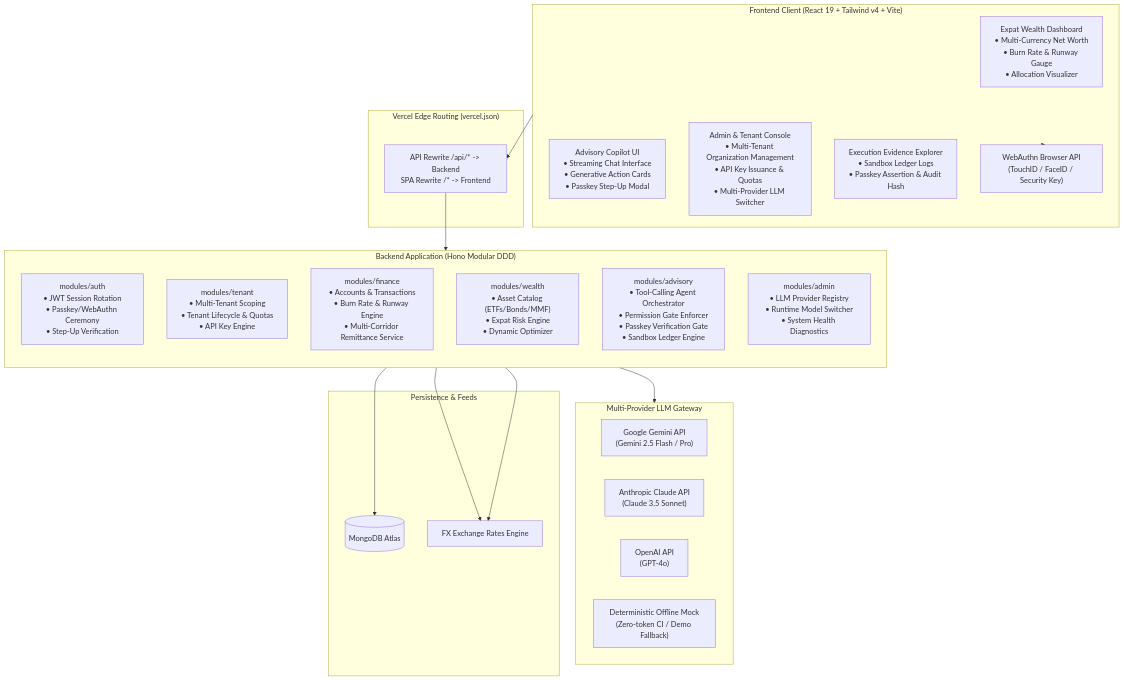
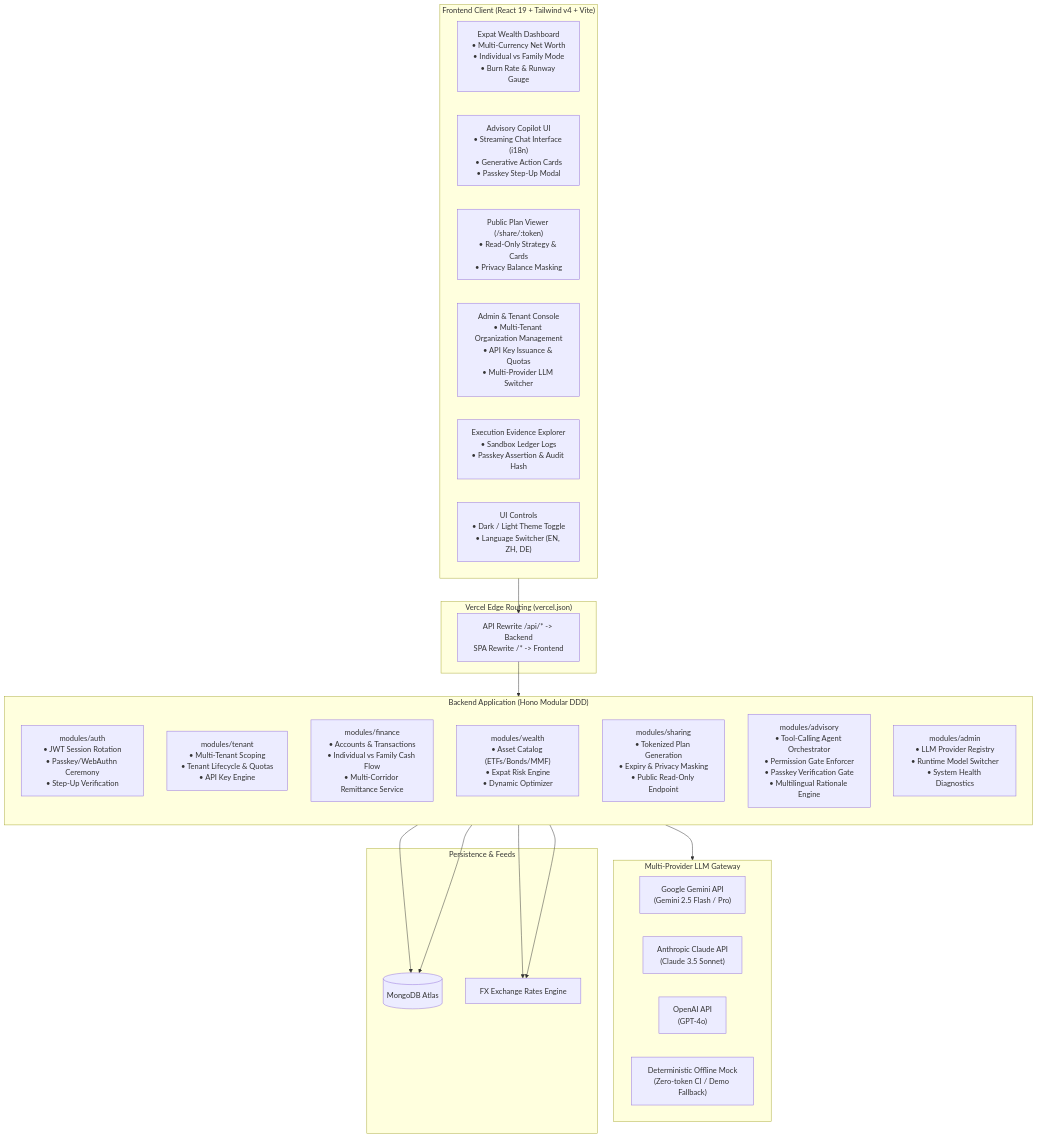
Before and after one commit to Nikhil-Mundhra/Wealth-Advisor: the first of 3 diagrams in IMPLEMENTATION_PLAN.md, drawn with Mermaid. The commit also changed other lines of this file, not shown here.

Commit message:
feat(plan): add household cashflow mode, shareable plan URLs, i18n, and dark mode

````diff
--- a/IMPLEMENTATION_PLAN.md
+++ b/IMPLEMENTATION_PLAN.md
@@ -64,45 +62,47 @@
 ```mermaid
 flowchart TB
     subgraph Client["Frontend Client (React 19 + Tailwind v4 + Vite)"]
-        Dashboard["Expat Wealth Dashboard\n• Multi-Currency Net Worth\n• Burn Rate & Runway Gauge\n• Allocation Visualizer"]
-        Copilot["Advisory Copilot UI\n• Streaming Chat Interface\n• Generative Action Cards\n• Passkey Step-Up Modal"]
+        Dashboard["Expat Wealth Dashboard\n• Multi-Currency Net Worth\n• Individual vs Family Mode\n• Burn Rate & Runway Gauge"]
+        Copilot["Advisory Copilot UI\n• Streaming Chat Interface (i18n)\n• Generative Action Cards\n• Passkey Step-Up Modal"]
+        ShareView["Public Plan Viewer (/share/:token)\n• Read-Only Strategy & Cards\n• Privacy Balance Masking"]
         AdminUI["Admin & Tenant Console\n• Multi-Tenant Organization Management\n• API Key Issuance & Quotas\n• Multi-Provider LLM Switcher"]
         Evidence["Execution Evidence Explorer\n• Sandbox Ledger Logs\n• Passkey Assertion & Audit Hash"]
-        PasskeyBrowser["WebAuthn Browser API\n(TouchID / FaceID / Security Key)"]
+        UIControls["UI Controls\n• Dark / Light Theme Toggle\n• Language Switcher (EN, ZH, DE)"]
     end
 
     subgraph Edge["Vercel Edge Routing (vercel.json)"]
         EdgeRoute["API Rewrite /api/* -> Backend\nSPA Rewrite /* -> Frontend"]
     end
 
     subgraph Backend["Backend Application (Hono Modular DDD)"]
         direction TB
         AuthMod["modules/auth\n• JWT Session Rotation\n• Passkey/WebAuthn Ceremony\n• Step-Up Verification"]
         TenantMod["modules/tenant\n• Multi-Tenant Scoping\n• Tenant Lifecycle & Quotas\n• API Key Engine"]
-        FinanceMod["modules/finance\n• Accounts & Transactions\n• Burn Rate & Runway Engine\n• Multi-Corridor Remittance Service"]
+        FinanceMod["modules/finance\n• Accounts & Transactions\n• Individual vs Family Cash Flow\n• Multi-Corridor Remittance Service"]
         WealthMod["modules/wealth\n• Asset Catalog (ETFs/Bonds/MMF)\n• Expat Risk Engine\n• Dynamic Optimizer"]
-        AdvisMod["modules/advisory\n• Tool-Calling Agent Orchestrator\n• Permission Gate Enforcer\n• Passkey Verification Gate\n• Sandbox Ledger Engine"]
+        ShareMod["modules/sharing\n• Tokenized Plan Generation\n• Expiry & Privacy Masking\n• Public Read-Only Endpoint"]
+        AdvisMod["modules/advisory\n• Tool-Calling Agent Orchestrator\n• Permission Gate Enforcer\n• Passkey Verification Gate\n• Multilingual Rationale Engine"]
         AdminMod["modules/admin\n• LLM Provider Registry\n• Runtime Model Switcher\n• System Health Diagnostics"]
     end
 
     subgraph LLMProviders["Multi-Provider LLM Gateway"]
         direction LR
         Gemini["Google Gemini API\n(Gemini 2.5 Flash / Pro)"]
         Claude["Anthropic Claude API\n(Claude 3.5 Sonnet)"]
         OpenAI["OpenAI API\n(GPT-4o)"]
         MockLLM["Deterministic Offline Mock\n(Zero-token CI / Demo Fallback)"]
     end
 
     subgraph Data["Persistence & Feeds"]
         Mongo[(MongoDB Atlas)]
         FX["FX Exchange Rates Engine"]
     end
 
     Client --> EdgeRoute
     EdgeRoute --> Backend
     Backend --> Mongo
     AdvisMod --> LLMProviders
     FinanceMod --> FX
     WealthMod --> FX
-    Client -.-> PasskeyBrowser
+    ShareMod --> Mongo
 ```
````
